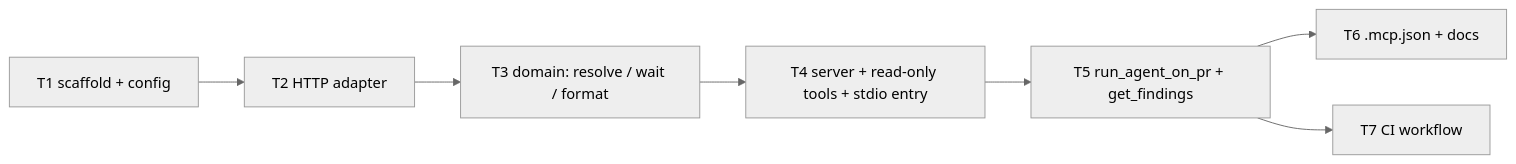
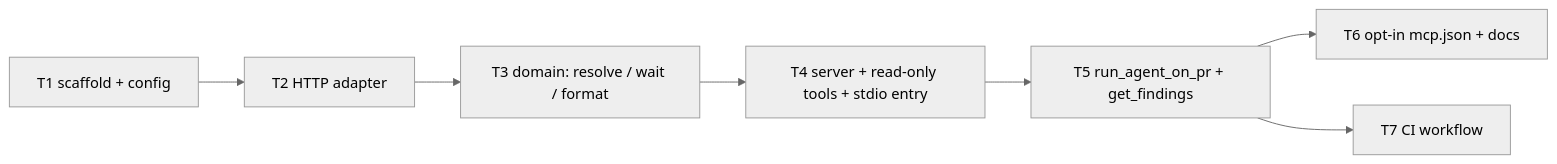
The first of 2 diagrams in docs/plans/2026-09-26-mcp-server.md (GrinIara/dev-digest), drawn with Mermaid (neutral theme) before and after one commit. The commit also changed other lines of this file and 47 other files, not shown here.

````diff
--- a/docs/plans/2026-09-26-mcp-server.md
+++ b/docs/plans/2026-09-26-mcp-server.md
@@ -415,9 +417,9 @@
 ```mermaid
 flowchart LR
   T1[T1 scaffold + config] --> T2[T2 HTTP adapter]
   T2 --> T3[T3 domain: resolve / wait / format]
   T3 --> T4[T4 server + read-only tools + stdio entry]
   T4 --> T5[T5 run_agent_on_pr + get_findings]
-  T5 --> T6[T6 .mcp.json + docs]
+  T5 --> T6[T6 opt-in mcp.json + docs]
   T5 --> T7[T7 CI workflow]
 ```
````
